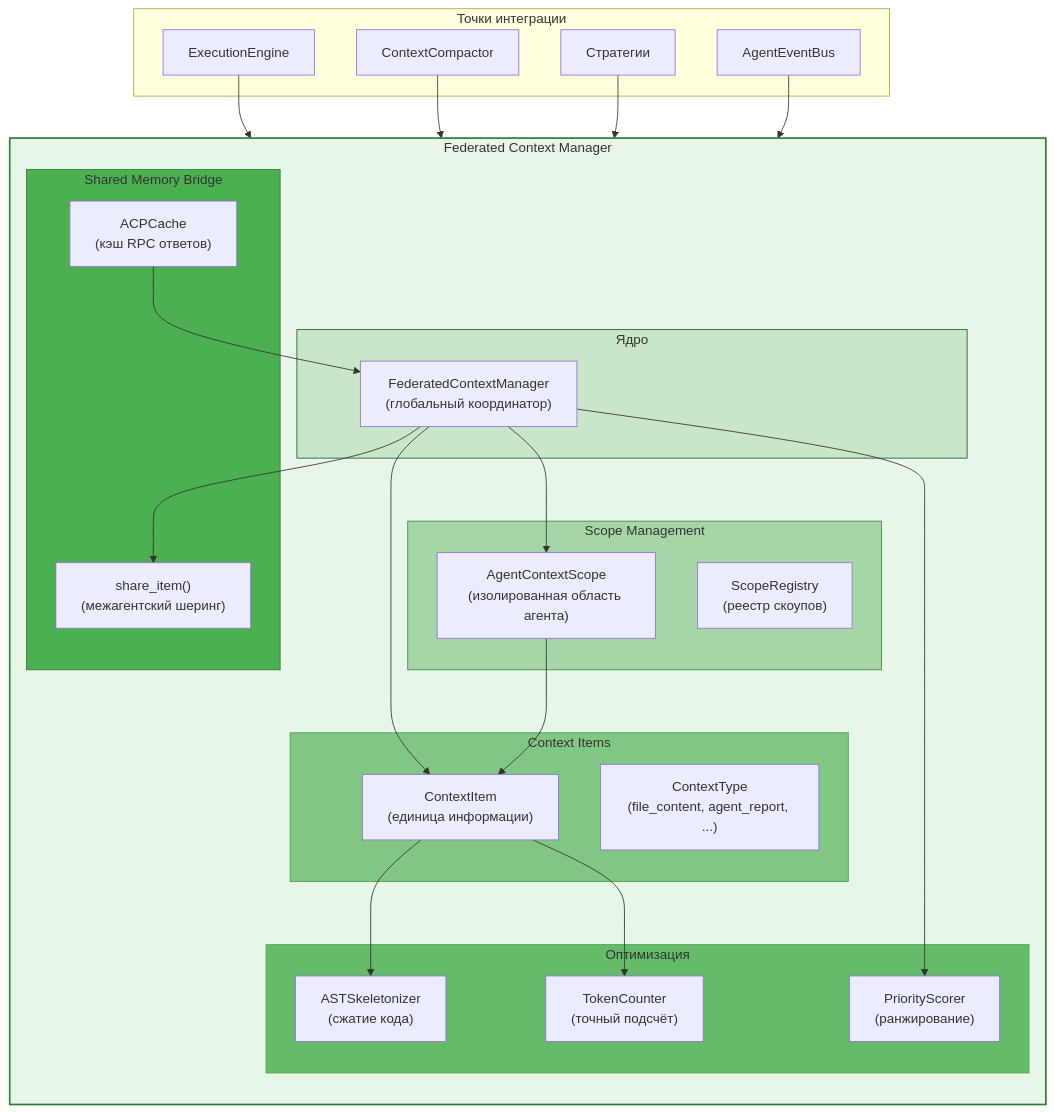
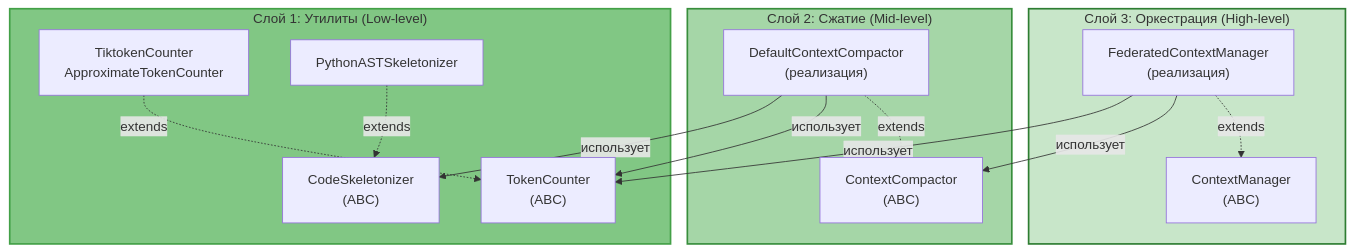
Before and after one commit to pese-git/codelab-agent: the third of 26 diagrams in doc/internals/architecture/fcm/ARCHITECTURE.md, drawn with Mermaid. The commit also changed other lines of this file and 3 other files, not shown here.

First line of the commit message:
docs(fcm): обновить документацию — слоистая архитектура + ABC

````diff
--- a/doc/internals/architecture/fcm/ARCHITECTURE.md
+++ b/doc/internals/architecture/fcm/ARCHITECTURE.md
@@ -181,59 +166,36 @@
 ```mermaid
 graph TB
-    subgraph FCM["Federated Context Manager"]
-        direction TB
+    subgraph Layer3["Слой 3: Оркестрация (High-level)"]
+        CM["ContextManager<br/>(ABC)"]
+        FCM["FederatedContextManager<br/>(реализация)"]
         
-        subgraph Core["Ядро"]
-            Manager["FederatedContextManager<br/>(глобальный координатор)"]
-        end
-        
-        subgraph Scopes["Scope Management"]
-            Scope["AgentContextScope<br/>(изолированная область агента)"]
-            Registry["ScopeRegistry<br/>(реестр скоупов)"]
-        end
-        
-        subgraph Items["Context Items"]
-            Item["ContextItem<br/>(единица информации)"]
-            ItemType["ContextType<br/>(file_content, agent_report, ...)"]
-        end
-        
-        subgraph Optimization["Оптимизация"]
-            Skeletonizer["ASTSkeletonizer<br/>(сжатие кода)"]
-            TokenCounter["TokenCounter<br/>(точный подсчёт)"]
-            PriorityScorer["PriorityScorer<br/>(ранжирование)"]
-        end
-        
-        subgraph Bridge["Shared Memory Bridge"]
-            ShareOp["share_item()<br/>(межагентский шеринг)"]
-            Cache["ACPCache<br/>(кэш RPC ответов)"]
-        end
+        FCM -.->|"extends"| CM
     end
     
-    subgraph Integration["Точки интеграции"]
-        Engine["ExecutionEngine"]
-        Compactor["ContextCompactor"]
-        EventBus["AgentEventBus"]
-        Strategies["Стратегии"]
+    subgraph Layer2["Слой 2: Сжатие (Mid-level)"]
+        CC["ContextCompactor<br/>(ABC)"]
+        DCC["DefaultContextCompactor<br/>(реализация)"]
+        
+        DCC -.->|"extends"| CC
     end
     
-    Manager --> Scope
-    Manager --> Item
-    Manager --> ShareOp
-    Scope --> Item
-    Item --> Skeletonizer
-    Item --> TokenCounter
-    Manager --> PriorityScorer
-    Cache --> Manager
+    subgraph Layer1["Слой 1: Утилиты (Low-level)"]
+        TC["TokenCounter<br/>(ABC)"]
+        SK["CodeSkeletonizer<br/>(ABC)"]
+        
+        TCImpl["TiktokenCounter<br/>ApproximateTokenCounter"]
+        SKImpl["PythonASTSkeletonizer"]
+        
+        TCImpl -.->|"extends"| TC
+        SKImpl -.->|"extends"| SK
+    end
     
-    Engine --> Manager
-    Compactor --> Skeletonizer
-    Strategies --> ShareOp
-    EventBus --> Manager
+    FCM -->|"использует"| CC
+    FCM -->|"использует"| TC
+    DCC -->|"использует"| TC
+    DCC -->|"использует"| SK
     
-    style FCM fill:#e8f5e9,stroke:#2e7d32,stroke-width:2px
-    style Core fill:#c8e6c9,stroke:#1b5e20
-    style Scopes fill:#a5d6a7,stroke:#388e3c
-    style Items fill:#81c784,stroke:#43a047
-    style Optimization fill:#66bb6a,stroke:#4caf50
-    style Bridge fill:#4caf50,stroke:#2e7d32
+    style Layer3 fill:#c8e6c9,stroke:#2e7d32,stroke-width:2px
+    style Layer2 fill:#a5d6a7,stroke:#388e3c,stroke-width:2px
+    style Layer1 fill:#81c784,stroke:#43a047,stroke-width:2px
 ```
````
